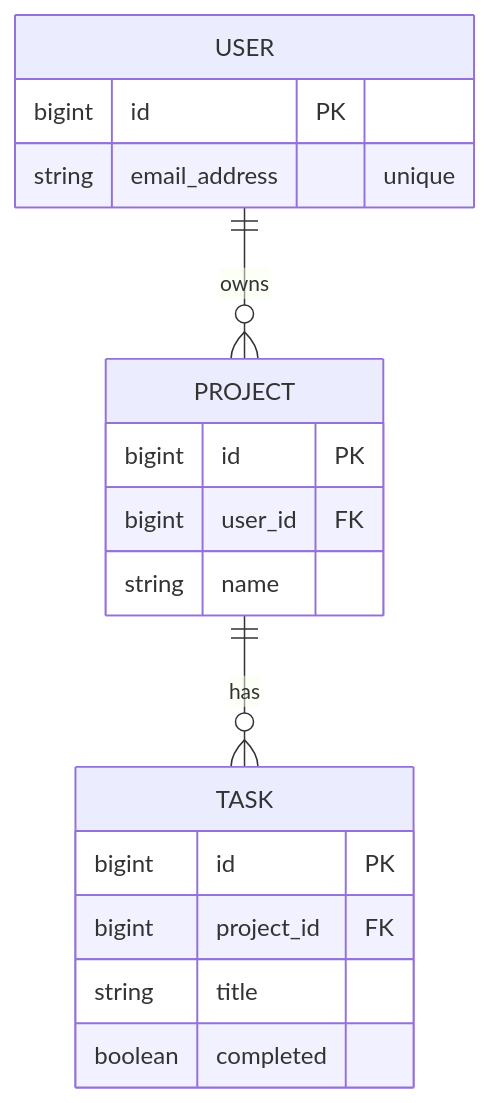
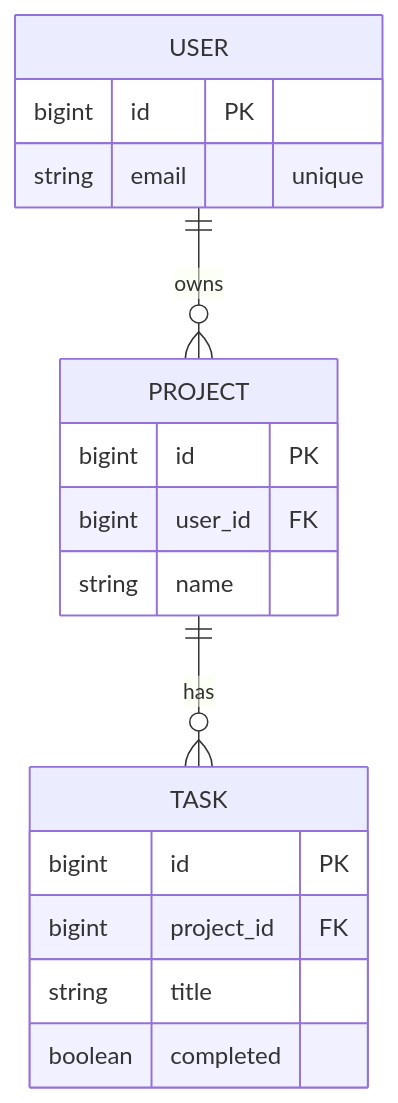
The second of 2 diagrams in README.md (paradon-sg/BC-Bootcamp), drawn with Mermaid before and after one commit. The commit also changed other lines of this file, not shown here.

````diff
--- a/README.md
+++ b/README.md
@@ -945,21 +945,21 @@
 ```mermaid
 erDiagram
   USER ||--o{ PROJECT : owns
   PROJECT ||--o{ TASK : has
 
   USER {
     bigint id PK
-    string email_address "unique"
+    string email "unique"
   }
   PROJECT {
     bigint id PK
     bigint user_id FK
     string name
   }
   TASK {
     bigint id PK
     bigint project_id FK
     string title
     boolean completed
   }
 ```
````
